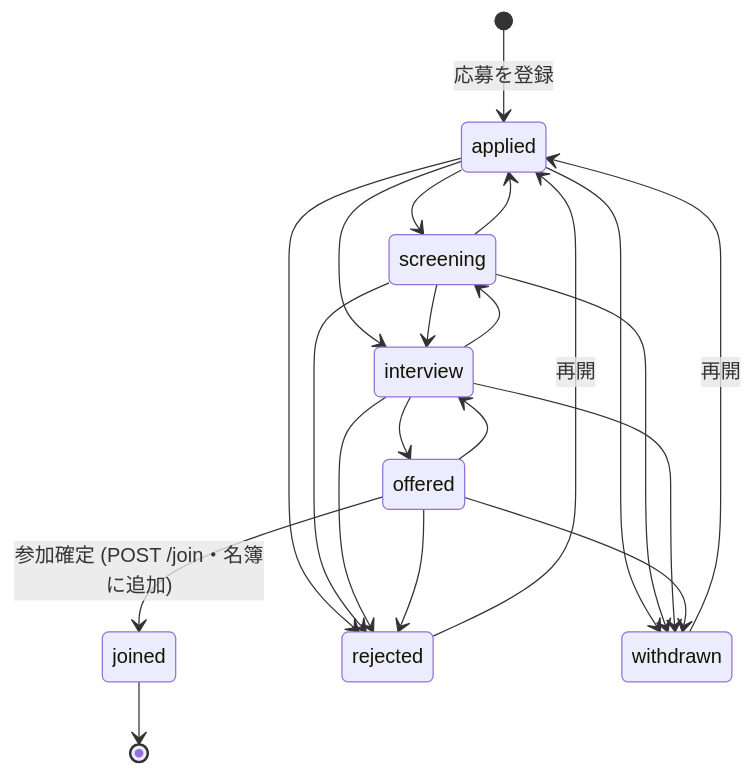
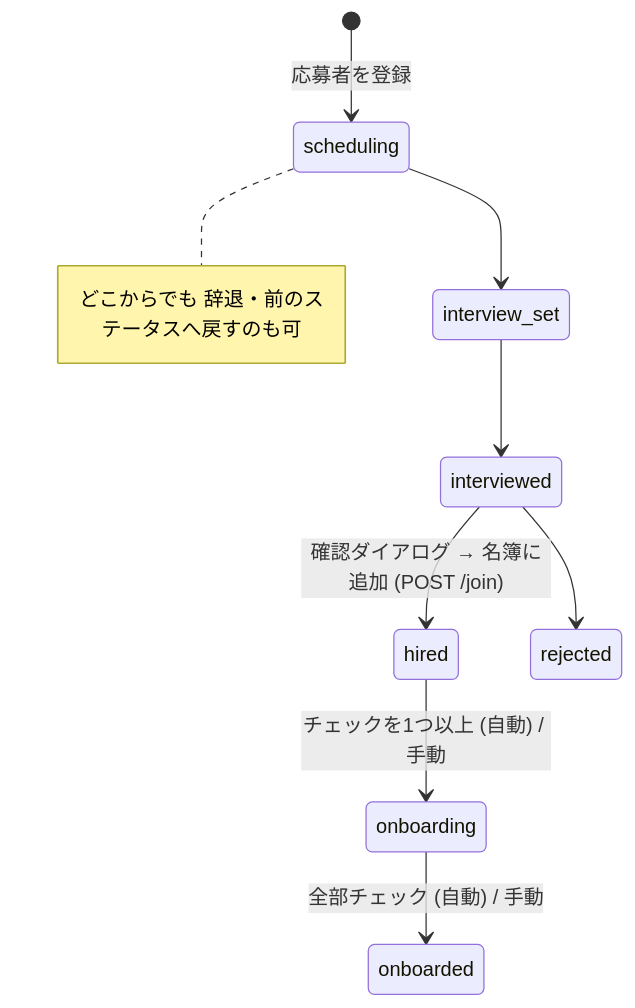
One commit to KIT-DevelopersHub/dub-ecosystem changed the diagram in docs/hr-app.md. Above: the diagram before and after it, drawn with Mermaid. The commit also changed other lines of this file and 10 other files, not shown here.

````diff
--- a/docs/hr-app.md
+++ b/docs/hr-app.md
@@ -24,23 +47,11 @@
 ```mermaid
 stateDiagram-v2
-  [*] --> applied: 応募を登録
-  applied --> screening
-  applied --> interview
-  screening --> interview
-  screening --> applied
-  interview --> offered
-  interview --> screening
-  offered --> interview
-  offered --> joined: 参加確定 (POST /join・名簿に追加)
-  applied --> rejected
-  screening --> rejected
-  interview --> rejected
-  offered --> rejected
-  applied --> withdrawn
-  screening --> withdrawn
-  interview --> withdrawn
-  offered --> withdrawn
-  rejected --> applied: 再開
-  withdrawn --> applied: 再開
-  joined --> [*]
+  [*] --> scheduling: 応募者を登録
+  scheduling --> interview_set
+  interview_set --> interviewed
+  interviewed --> hired: 確認ダイアログ → 名簿に追加 (POST /join)
+  interviewed --> rejected
+  hired --> onboarding: チェックを1つ以上 (自動) / 手動
+  onboarding --> onboarded: 全部チェック (自動) / 手動
+  note right of scheduling: どこからでも 辞退・前のステータスへ戻すのも可
 ```
````
